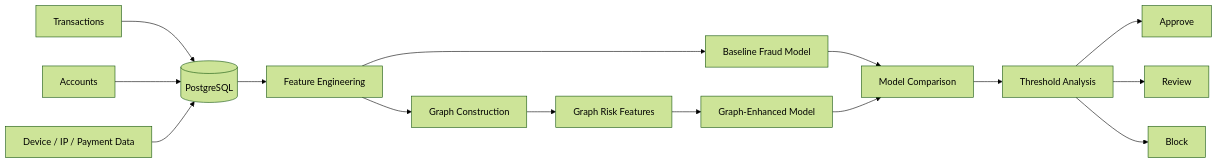
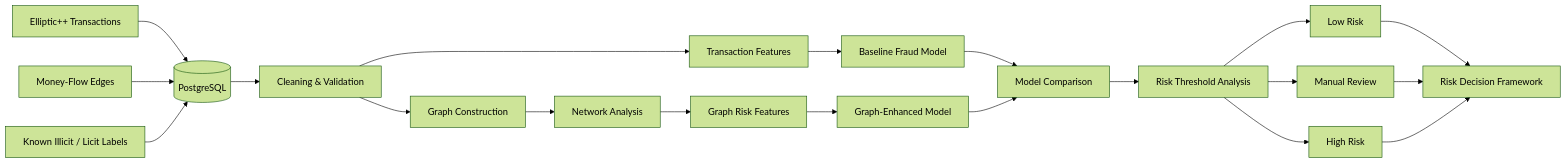
Before and after one commit to Thizisfranklin/FraudGraph: the diagram in README.md, drawn with Mermaid (forest theme). The commit also changed other lines of this file, not shown here.

````diff
--- a/README.md
+++ b/README.md
@@ -15,24 +127,31 @@
 ```mermaid
 flowchart LR
 
-    A[Transactions] --> D[(PostgreSQL)]
-    B[Accounts] --> D
-    C[Device / IP / Payment Data] --> D
+    A[Elliptic++ Transactions] --> D[(PostgreSQL)]
+    B[Money-Flow Edges] --> D
+    C[Known Illicit / Licit Labels] --> D
 
-    D --> E[Feature Engineering]
+    D --> E[Cleaning & Validation]
 
-    E --> F[Baseline Fraud Model]
-    E --> G[Graph Construction]
+    E --> F[Transaction Features]
+    F --> G[Baseline Fraud Model]
 
-    G --> H[Graph Risk Features]
-    H --> I[Graph-Enhanced Model]
+    E --> H[Graph Construction]
+    H --> I[Network Analysis]
+    I --> J[Graph Risk Features]
 
-    F --> J[Model Comparison]
-    I --> J
+    J --> K[Graph-Enhanced Model]
 
-    J --> K[Threshold Analysis]
+    G --> L[Model Comparison]
+    K --> L
 
-    K --> L[Approve]
-    K --> M[Review]
-    K --> N[Block]
+    L --> M[Risk Threshold Analysis]
+
+    M --> N[Low Risk]
+    M --> O[Manual Review]
+    M --> P[High Risk]
+
+    N --> Q[Risk Decision Framework]
+    O --> Q
+    P --> Q
 ```
````
